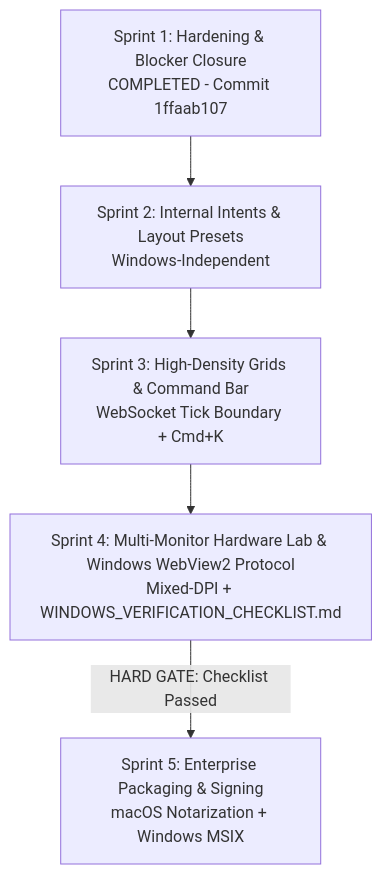
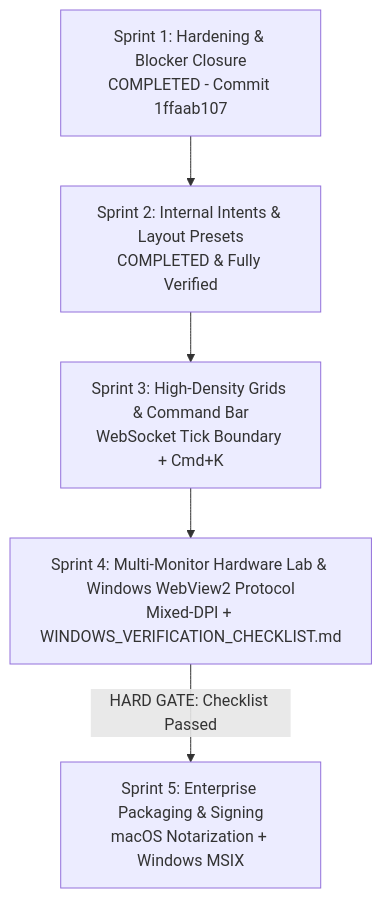
One commit to hondyman/uisce changed the diagram in desktop/ROADMAP.md. Above: the diagram before and after it, drawn with Mermaid. The commit also changed other lines of this file and 23 other files, not shown here.

First line of the commit message:
feat(workstation): complete Sprint 2 — FDC3 intent router, PostgreSQL layout profiles & Travel Mode

````diff
--- a/desktop/ROADMAP.md
+++ b/desktop/ROADMAP.md
@@ -99,7 +113,7 @@
 ```mermaid
 flowchart TD
-    S1[Sprint 1: Hardening & Blocker Closure<br>COMPLETED - Commit 1ffaab107] --> S2[Sprint 2: Internal Intents & Layout Presets<br>Windows-Independent]
+    S1[Sprint 1: Hardening & Blocker Closure<br>COMPLETED - Commit 1ffaab107] --> S2[Sprint 2: Internal Intents & Layout Presets<br>COMPLETED & Fully Verified]
     S2 --> S3[Sprint 3: High-Density Grids & Command Bar<br>WebSocket Tick Boundary + Cmd+K]
     S3 --> S4[Sprint 4: Multi-Monitor Hardware Lab & Windows WebView2 Protocol<br>Mixed-DPI + WINDOWS_VERIFICATION_CHECKLIST.md]
     S4 -->|HARD GATE: Checklist Passed| S5[Sprint 5: Enterprise Packaging & Signing<br>macOS Notarization + Windows MSIX]
 ```
````
